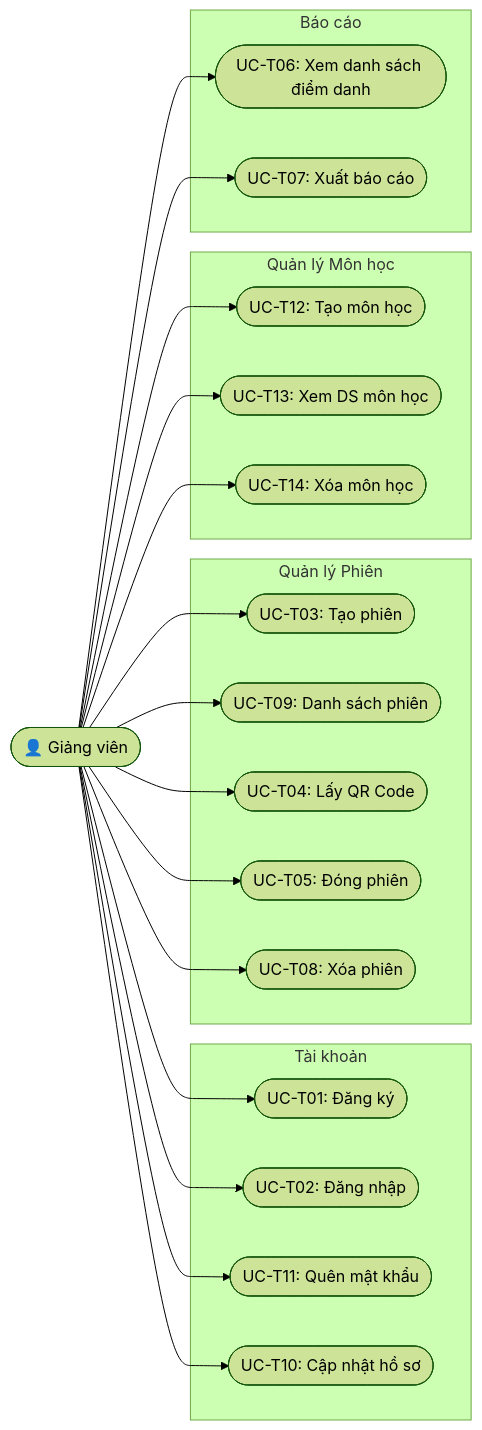
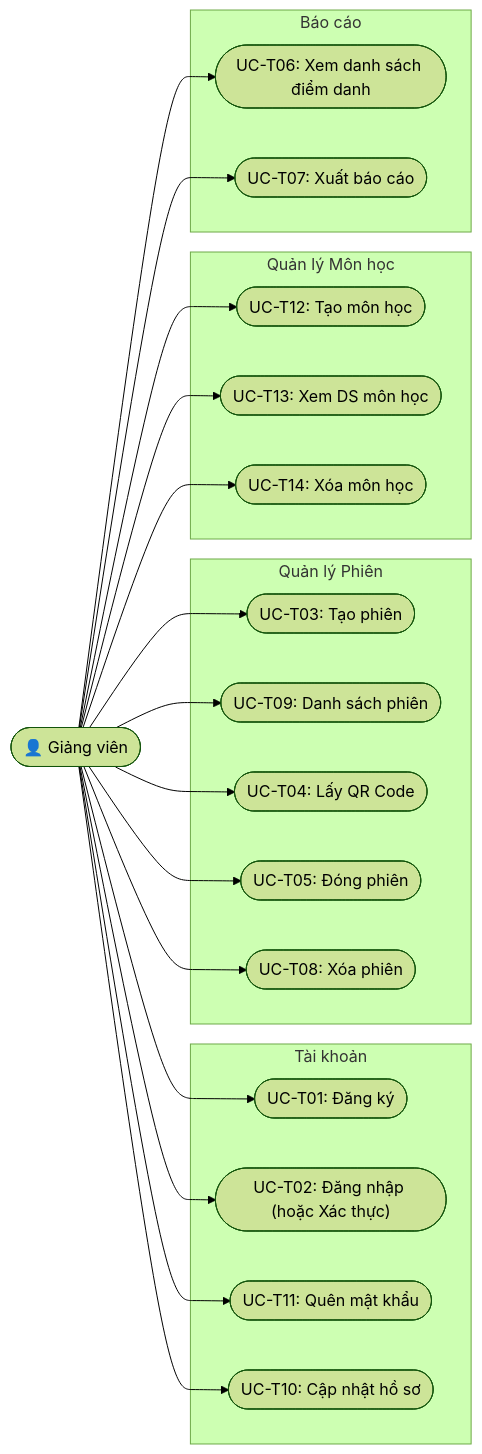
One commit to kentdoan/qr-attendance changed the first of 13 diagrams in docs/SRS.md. Above: the diagram before and after it, drawn with Mermaid (forest theme). The commit also changed other lines of this file, not shown here.

````diff
--- a/docs/SRS.md
+++ b/docs/SRS.md
@@ -48,45 +49,45 @@
 ```mermaid
 graph LR
     GV(["👤 Giảng viên"])
 
     subgraph Tài khoản
         UC_T01(["UC-T01: Đăng ký"])
-        UC_T02(["UC-T02: Đăng nhập"])
+        UC_T02(["UC-T02: Đăng nhập (hoặc Xác thực)"])
         UC_T11(["UC-T11: Quên mật khẩu"])
         UC_T10(["UC-T10: Cập nhật hồ sơ"])
     end
 
     subgraph Quản lý Phiên
         UC_T03(["UC-T03: Tạo phiên"])
         UC_T09(["UC-T09: Danh sách phiên"])
         UC_T04(["UC-T04: Lấy QR Code"])
         UC_T05(["UC-T05: Đóng phiên"])
         UC_T08(["UC-T08: Xóa phiên"])
     end
 
     subgraph Quản lý Môn học
         UC_T12(["UC-T12: Tạo môn học"])
         UC_T13(["UC-T13: Xem DS môn học"])
         UC_T14(["UC-T14: Xóa môn học"])
     end
 
     subgraph Báo cáo
         UC_T06(["UC-T06: Xem danh sách điểm danh"])
         UC_T07(["UC-T07: Xuất báo cáo"])
     end
 
     GV --> UC_T01
     GV --> UC_T02
     GV --> UC_T11
     GV --> UC_T10
     GV --> UC_T03
     GV --> UC_T04
     GV --> UC_T05
     GV --> UC_T06
     GV --> UC_T07
     GV --> UC_T08
     GV --> UC_T09
     GV --> UC_T12
     GV --> UC_T13
     GV --> UC_T14
 ```
````
